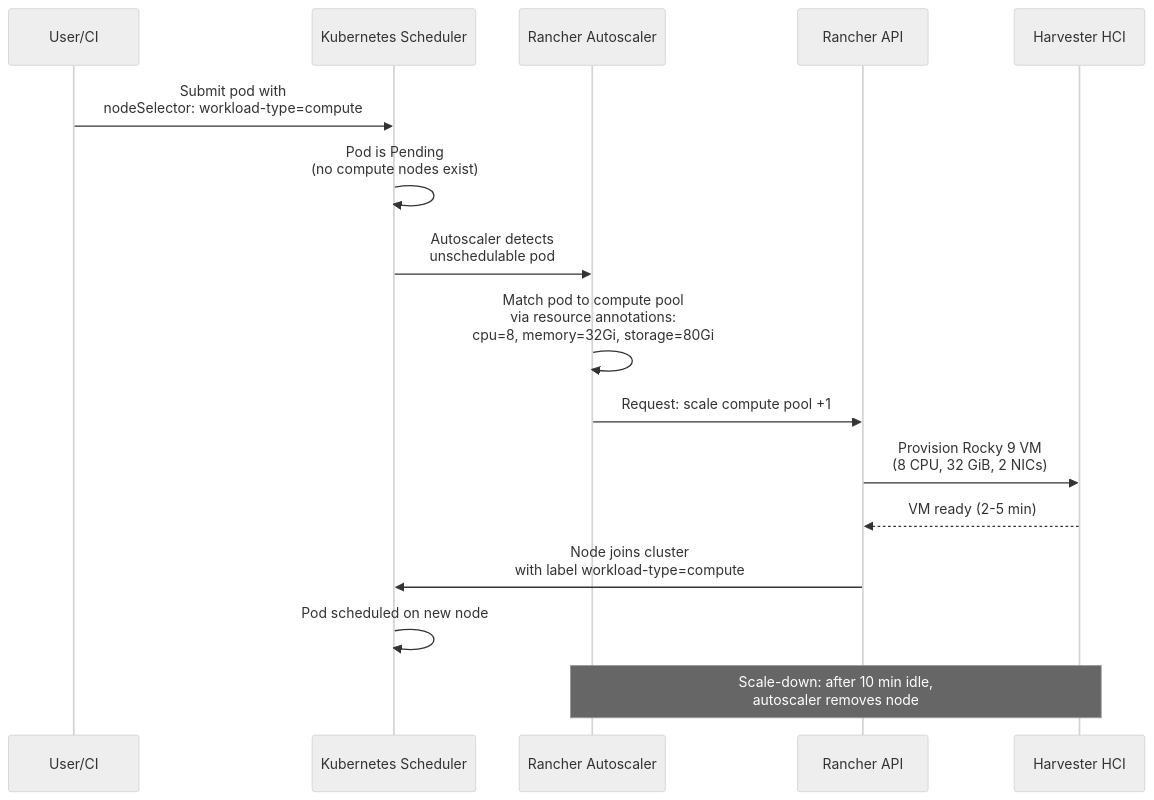
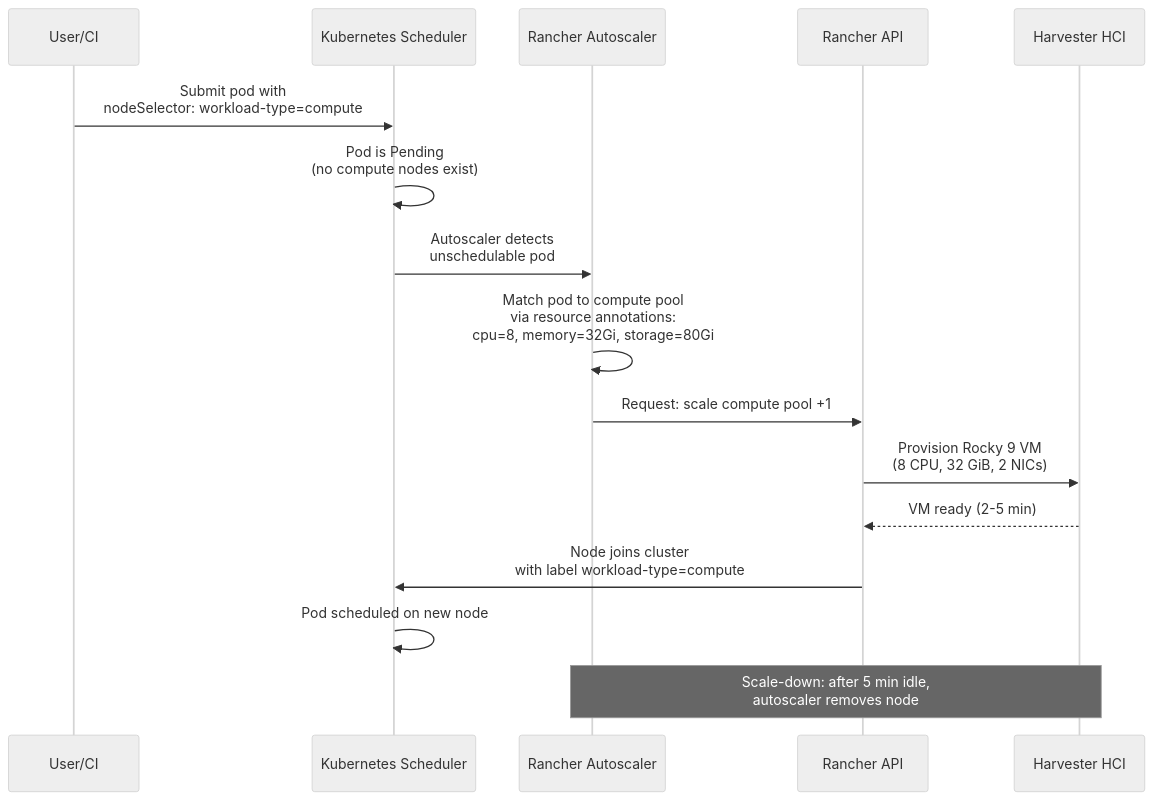
Diagram 18 of 26 in docs/engineering/system-architecture.md (derhornspieler/harvester-rke2-platform), drawn with Mermaid (neutral theme) before and after one commit. The commit also changed other lines of this file and 50 other files, not shown here.

````diff
--- a/docs/engineering/system-architecture.md
+++ b/docs/engineering/system-architecture.md
@@ -896,20 +922,20 @@
 ```mermaid
 sequenceDiagram
     participant User as User/CI
     participant K8s as Kubernetes Scheduler
     participant CA as Rancher Autoscaler
     participant Rancher as Rancher API
     participant Harvester as Harvester HCI
 
     User->>K8s: Submit pod with<br/>nodeSelector: workload-type=compute
     K8s->>K8s: Pod is Pending<br/>(no compute nodes exist)
     K8s->>CA: Autoscaler detects<br/>unschedulable pod
     CA->>CA: Match pod to compute pool<br/>via resource annotations:<br/>cpu=8, memory=32Gi, storage=80Gi
     CA->>Rancher: Request: scale compute pool +1
     Rancher->>Harvester: Provision Rocky 9 VM<br/>(8 CPU, 32 GiB, 2 NICs)
     Harvester-->>Rancher: VM ready (2-5 min)
     Rancher->>K8s: Node joins cluster<br/>with label workload-type=compute
     K8s->>K8s: Pod scheduled on new node
 
-    Note over CA,Harvester: Scale-down: after 10 min idle,<br/>autoscaler removes node
+    Note over CA,Harvester: Scale-down: after 5 min idle,<br/>autoscaler removes node
 ```
````
